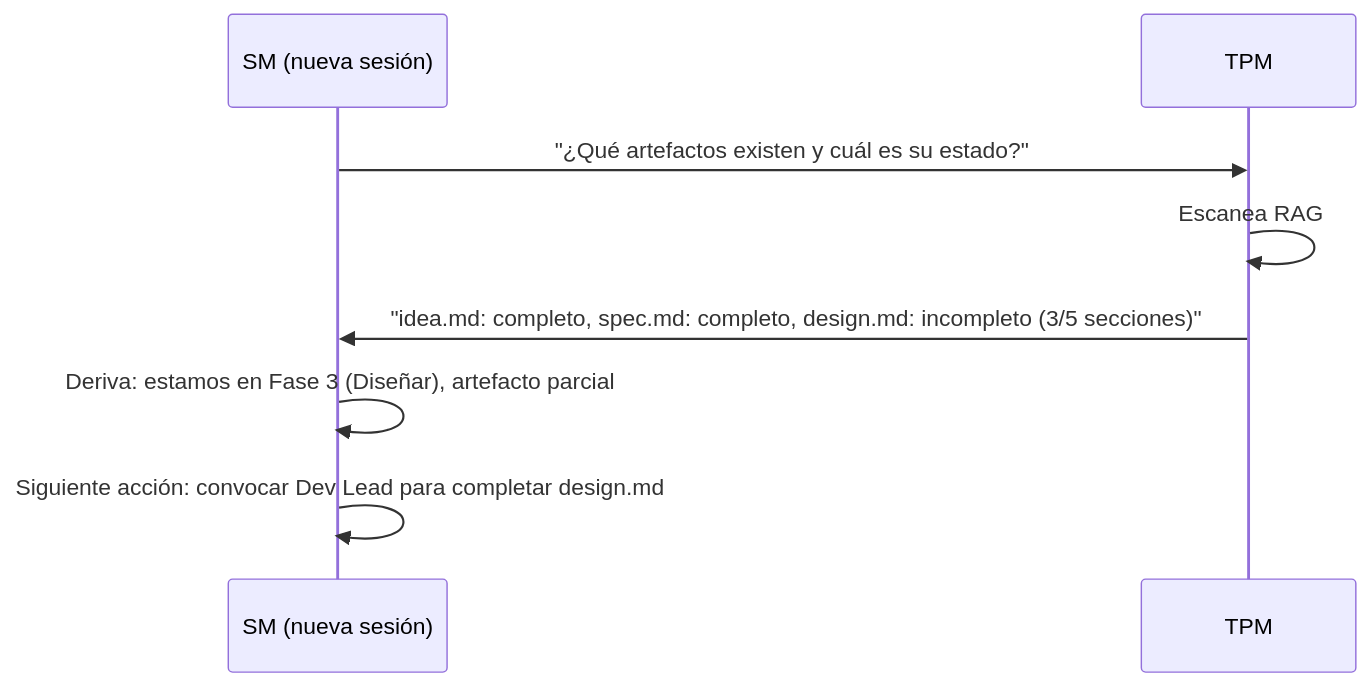
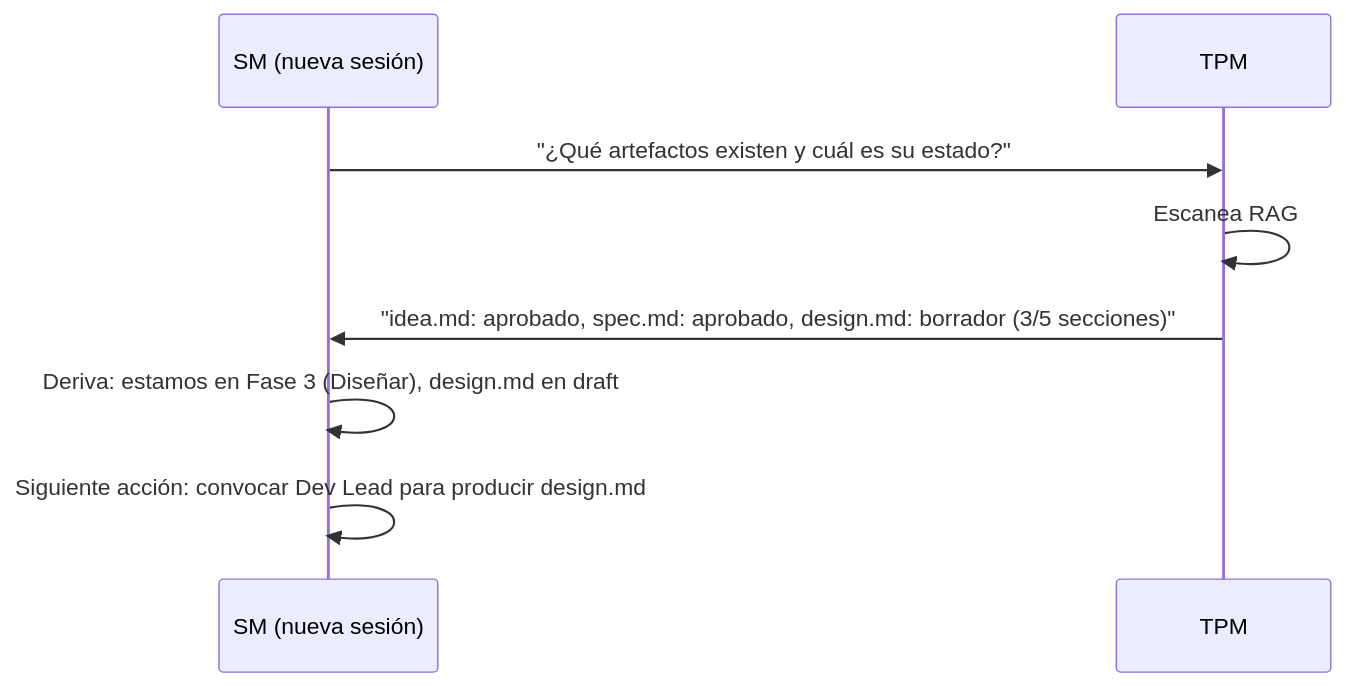
The third of 13 diagrams in docs/behavior-scrum-master-routing.md (virgenherrera/idea-to-mvp), drawn with Mermaid before and after one commit. The commit also changed other lines of this file and 4 other files, not shown here.

````diff
--- a/docs/behavior-scrum-master-routing.md
+++ b/docs/behavior-scrum-master-routing.md
@@ -121,11 +130,11 @@
 ```mermaid
 sequenceDiagram
     participant SM as SM (nueva sesión)
     participant TPM as TPM
 
     SM->>TPM: "¿Qué artefactos existen y cuál es su estado?"
     TPM->>TPM: Escanea RAG
-    TPM->>SM: "idea.md: completo, spec.md: completo, design.md: incompleto (3/5 secciones)"
-    SM->>SM: Deriva: estamos en Fase 3 (Diseñar), artefacto parcial
-    SM->>SM: Siguiente acción: convocar Dev Lead para completar design.md
+    TPM->>SM: "idea.md: aprobado, spec.md: aprobado, design.md: borrador (3/5 secciones)"
+    SM->>SM: Deriva: estamos en Fase 3 (Diseñar), design.md en draft
+    SM->>SM: Siguiente acción: convocar Dev Lead para producir design.md
 ```
````
